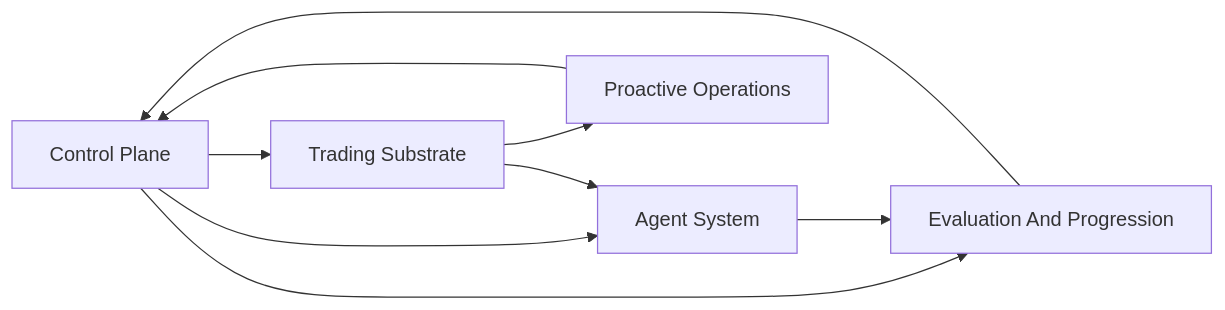
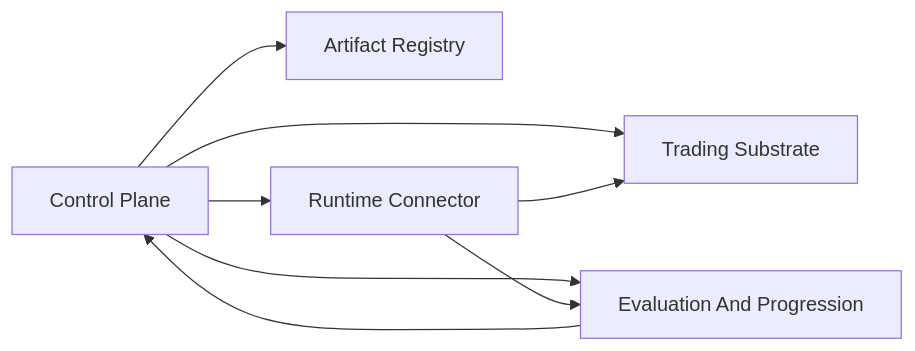
One commit to openboa-ai/ouroboros changed the diagram in ARCHITECTURE.md. Above: the diagram before and after it, drawn with Mermaid. The commit also changed other lines of this file and 306 other files, not shown here.

Commit message:
docs: lock runtime control plane design baseline

````diff
--- a/ARCHITECTURE.md
+++ b/ARCHITECTURE.md
@@ -43,11 +36,10 @@
 ```mermaid
 flowchart LR
-    C["Control Plane"] --> A["Agent System"]
+    C["Control Plane"] --> A["Artifact Registry"]
+    C --> R["Runtime Connector"]
     C --> E["Evaluation And Progression"]
     C --> T["Trading Substrate"]
-    T --> A
-    A --> E
+    R --> T
+    R --> E
     E --> C
-    T --> P["Proactive Operations"]
-    P --> C
 ```
````
